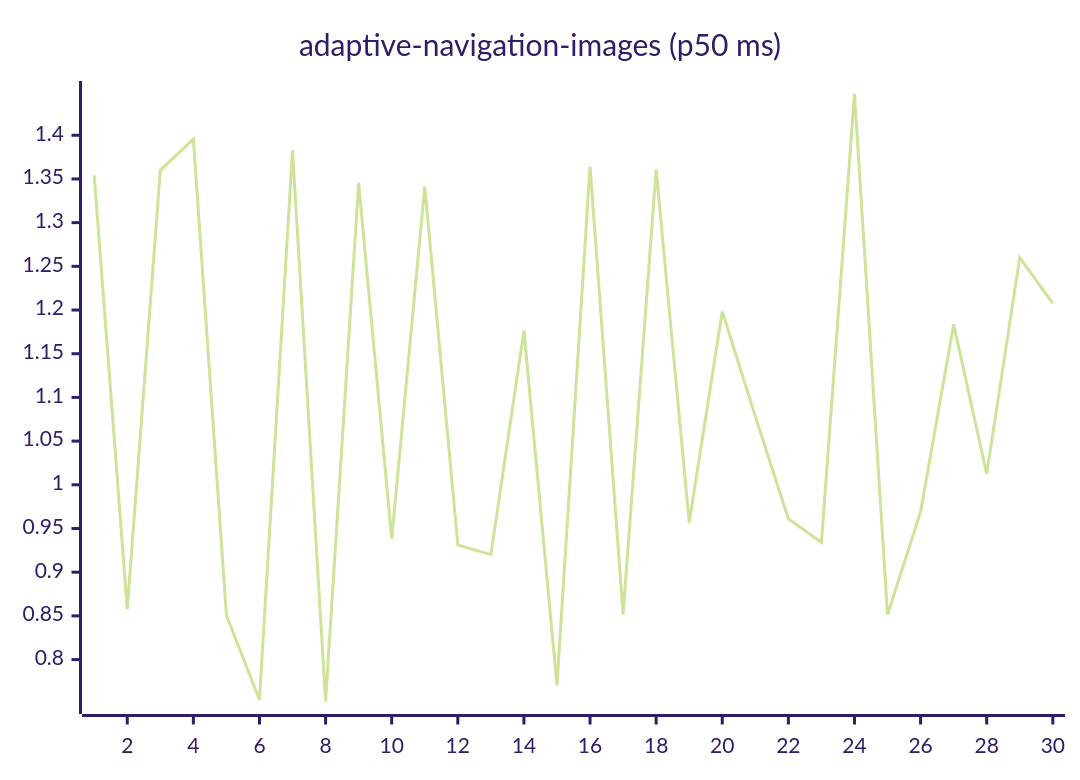
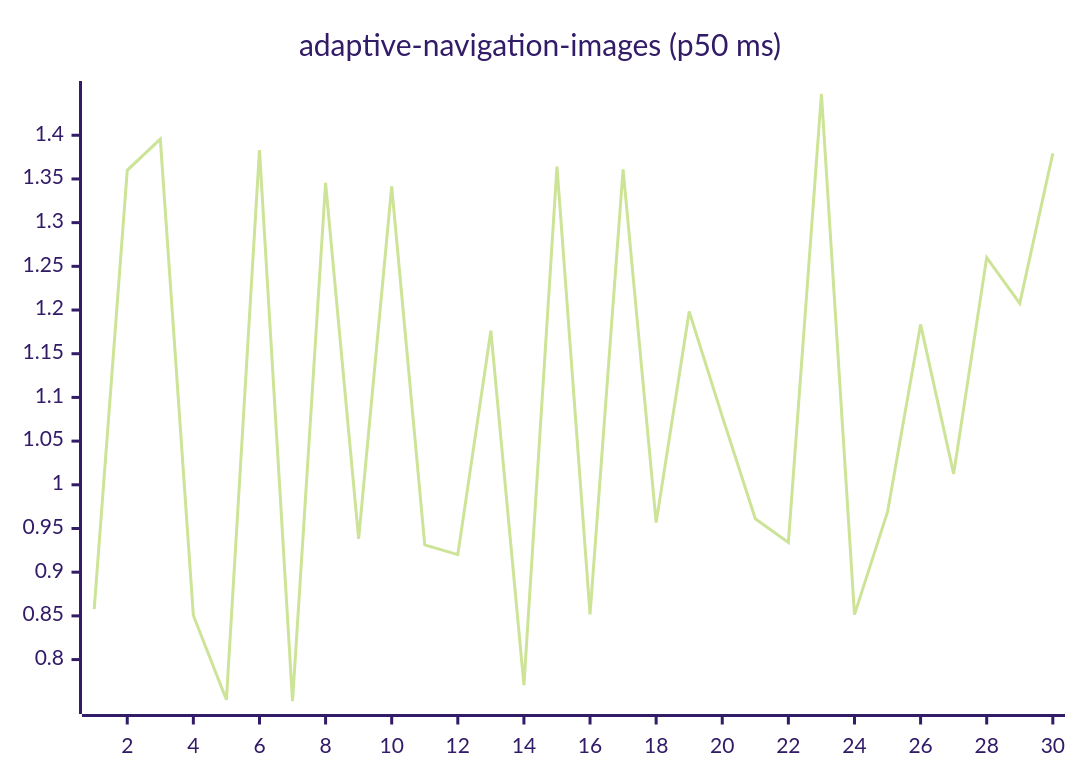
Before and after one commit to josha/Facet: the first of 27 diagrams in README.md, drawn with Mermaid (forest theme). The commit also changed other lines of this file and 2 other files, not shown here.

````diff
--- a/README.md
+++ b/README.md
@@ -63,6 +63,6 @@
 ```mermaid
 xychart-beta
     title "adaptive-navigation-images (p50 ms)"
     x-axis 1 --> 30
-    line [1.3541, 0.8576, 1.3599, 1.3956, 0.8504, 0.7540, 1.3829, 0.7523, 1.3455, 0.9380, 1.3415, 0.9312, 0.9201, 1.1763, 0.7707, 1.3642, 0.8516, 1.3610, 0.9567, 1.1983, 1.0783, 0.9612, 0.9339, 1.4475, 0.8514, 0.9690, 1.1835, 1.0125, 1.2600, 1.2076]
+    line [0.8576, 1.3599, 1.3956, 0.8504, 0.7540, 1.3829, 0.7523, 1.3455, 0.9380, 1.3415, 0.9312, 0.9201, 1.1763, 0.7707, 1.3642, 0.8516, 1.3610, 0.9567, 1.1983, 1.0783, 0.9612, 0.9339, 1.4475, 0.8514, 0.9690, 1.1835, 1.0125, 1.2600, 1.2076, 1.3793]
 ```
````
